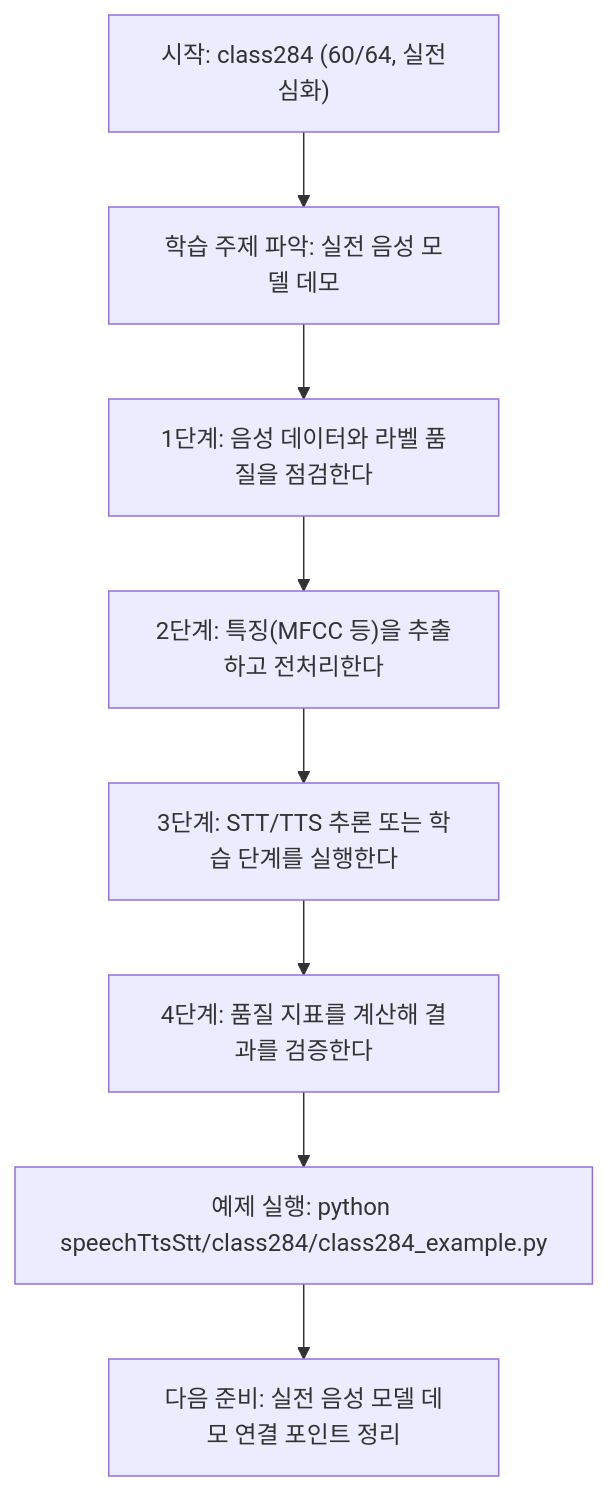
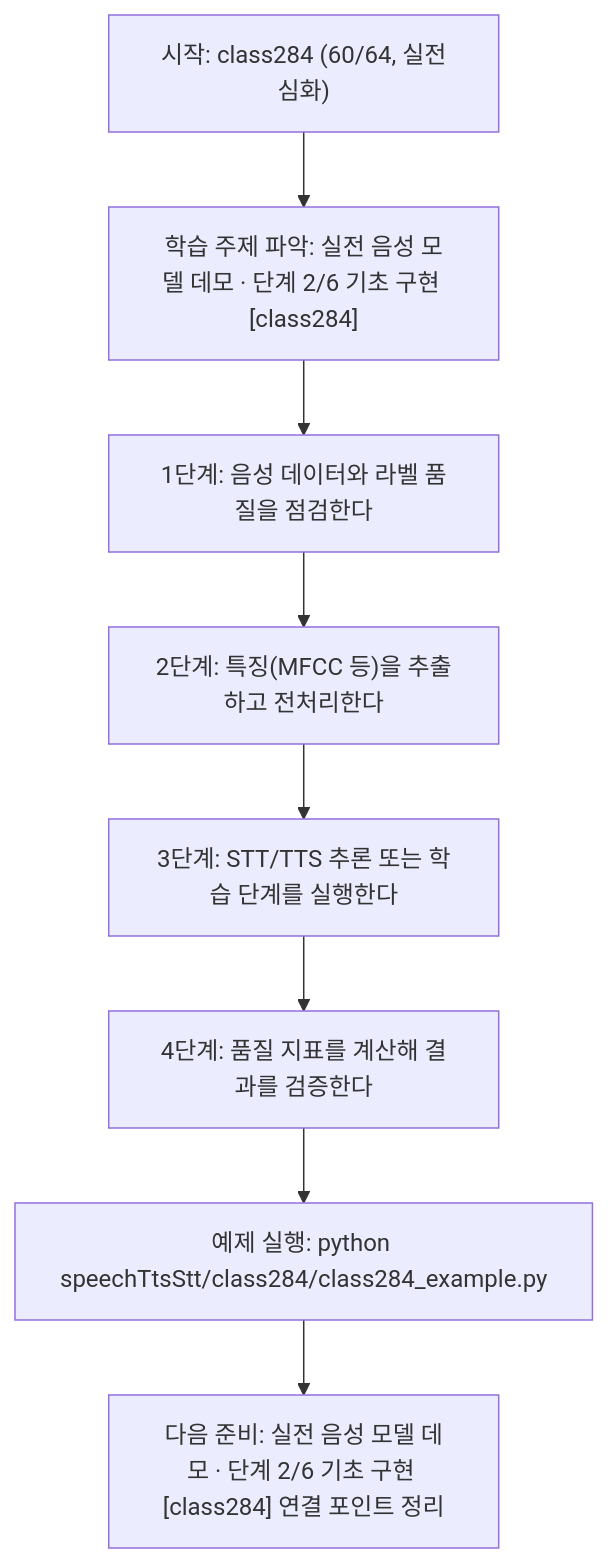
One commit to edumgt/Python-AI_Agent-Class changed the diagram in speechTtsStt/class284/class284.md. Above: the diagram before and after it, drawn with Mermaid. The commit also changed other lines of this file and 522 other files, not shown here.

````diff
--- a/speechTtsStt/class284/class284.md
+++ b/speechTtsStt/class284/class284.md
@@ -114,18 +115,18 @@
 ```mermaid
 flowchart TD
 N1["시작: class284 (60/64, 실전심화)"]
-N2["학습 주제 파악: 실전 음성 모델 데모"]
+N2["학습 주제 파악: 실전 음성 모델 데모 · 단계 2/6 기초 구현 [class284]"]
 N3["1단계: 음성 데이터와 라벨 품질을 점검한다"]
 N4["2단계: 특징(MFCC 등)을 추출하고 전처리한다"]
 N5["3단계: STT/TTS 추론 또는 학습 단계를 실행한다"]
 N6["4단계: 품질 지표를 계산해 결과를 검증한다"]
 N7["예제 실행: python speechTtsStt/class284/class284_example.py"]
-N8["다음 준비: 실전 음성 모델 데모 연결 포인트 정리"]
+N8["다음 준비: 실전 음성 모델 데모 · 단계 2/6 기초 구현 [class284] 연결 포인트 정리"]
 N1 --> N2
 N2 --> N3
 N3 --> N4
 N4 --> N5
 N5 --> N6
 N6 --> N7
 N7 --> N8
 ```
````
